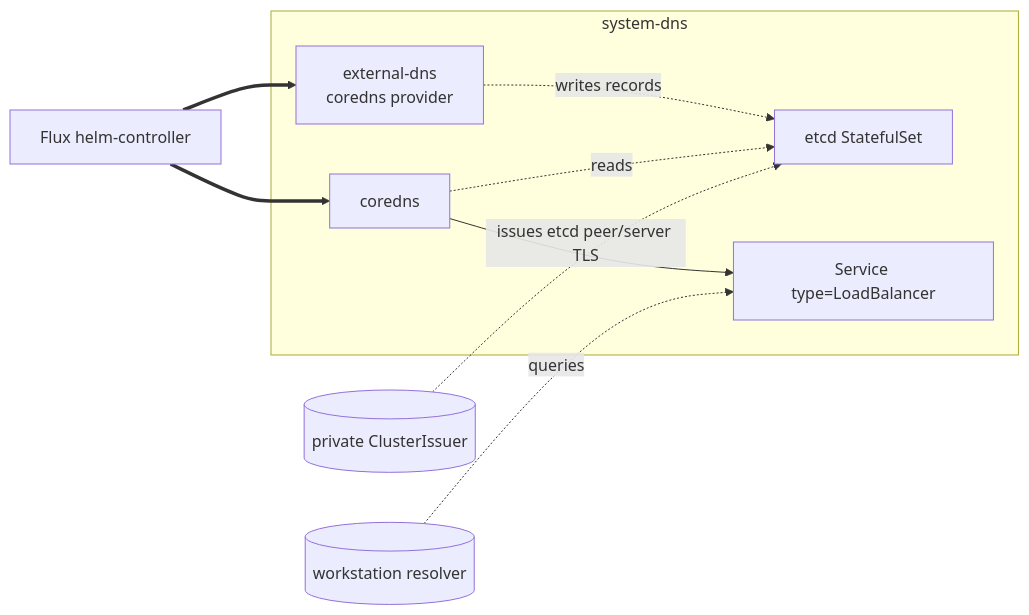
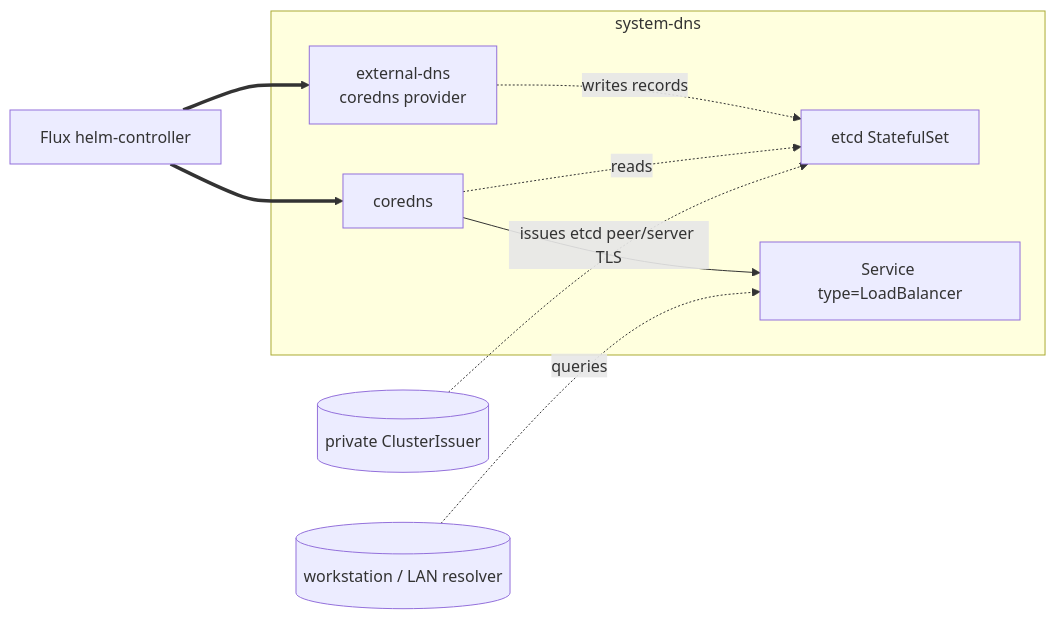
The third of 3 diagrams in kustomize/dns/README.md (windsorcli/core), drawn with Mermaid before and after one commit. The commit also changed other lines of this file, not shown here.

````diff
--- a/kustomize/dns/README.md
+++ b/kustomize/dns/README.md
@@ -103,22 +103,22 @@
 ```mermaid
 flowchart LR
   flux[Flux helm-controller]
 
   subgraph systemdns[system-dns]
     edns[external-dns<br/>coredns provider]
     coredns[coredns]
     etcd[etcd StatefulSet]
     lb[Service type=LoadBalancer]
   end
 
   pki[(private ClusterIssuer)]
-  workstation[(workstation resolver)]
+  resolver[(workstation / LAN resolver)]
 
   flux ==> edns
   flux ==> coredns
   edns -.writes records.-> etcd
   coredns -.reads.-> etcd
   pki -.issues etcd peer/server TLS.-> etcd
   coredns --> lb
-  workstation -.queries.-> lb
+  resolver -.queries.-> lb
 ```
````
